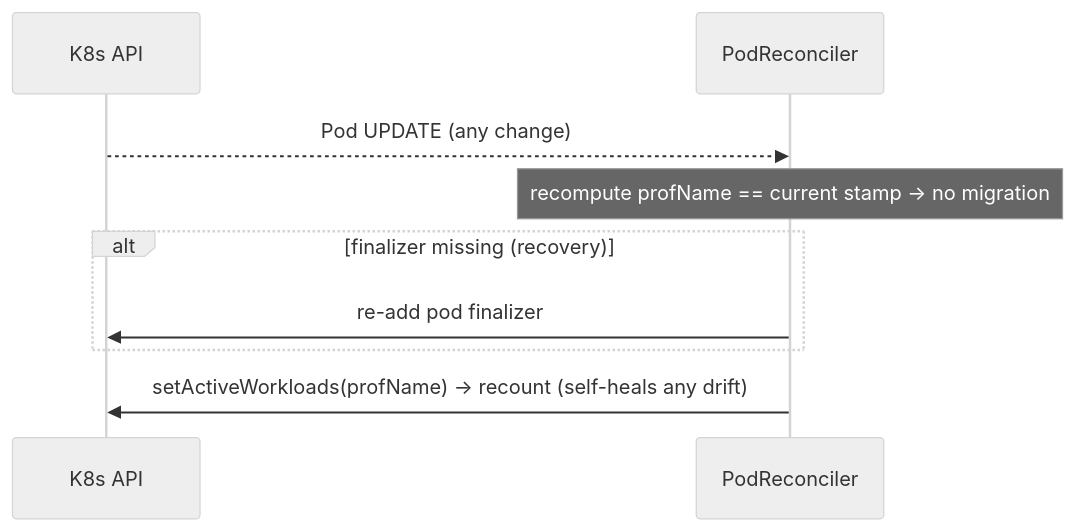
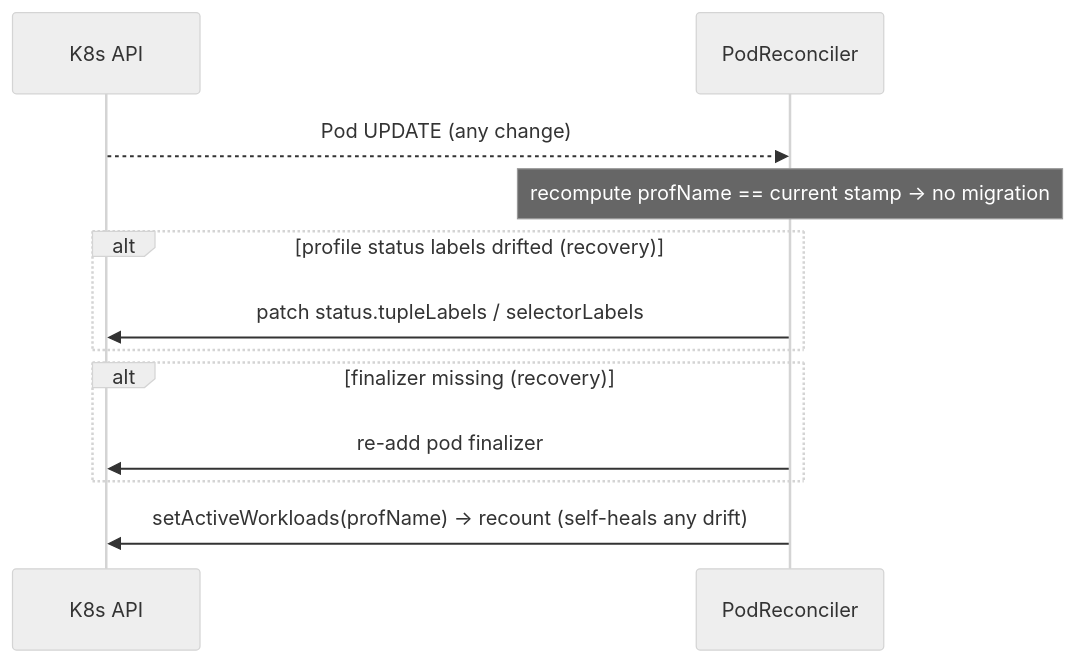
Before and after one commit to Tight-Line/ballast: the second of 9 diagrams in docs/convergence.md, drawn with Mermaid (neutral theme). The commit also changed other lines of this file and 4 other files, not shown here.

First line of the commit message:
fix: profile-side convergence backstops for counts and status labels

````diff
--- a/docs/convergence.md
+++ b/docs/convergence.md
@@ -86,12 +105,15 @@
 ```mermaid
 sequenceDiagram
     participant API as K8s API
     participant PodR as PodReconciler
 
     API-->>PodR: Pod UPDATE (any change)
     Note over PodR: recompute profName == current stamp → no migration
+    alt profile status labels drifted (recovery)
+        PodR->>API: patch status.tupleLabels / selectorLabels
+    end
     alt finalizer missing (recovery)
         PodR->>API: re-add pod finalizer
     end
     PodR->>API: setActiveWorkloads(profName) → recount (self-heals any drift)
 ```
````
